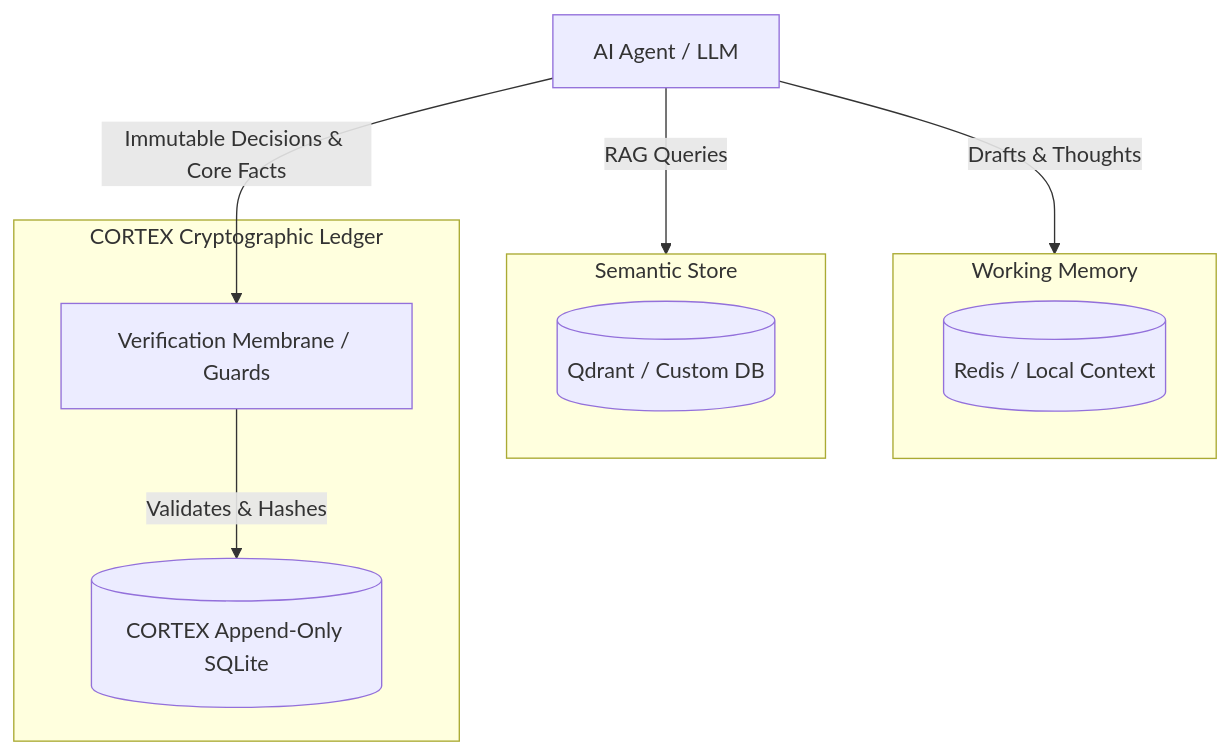
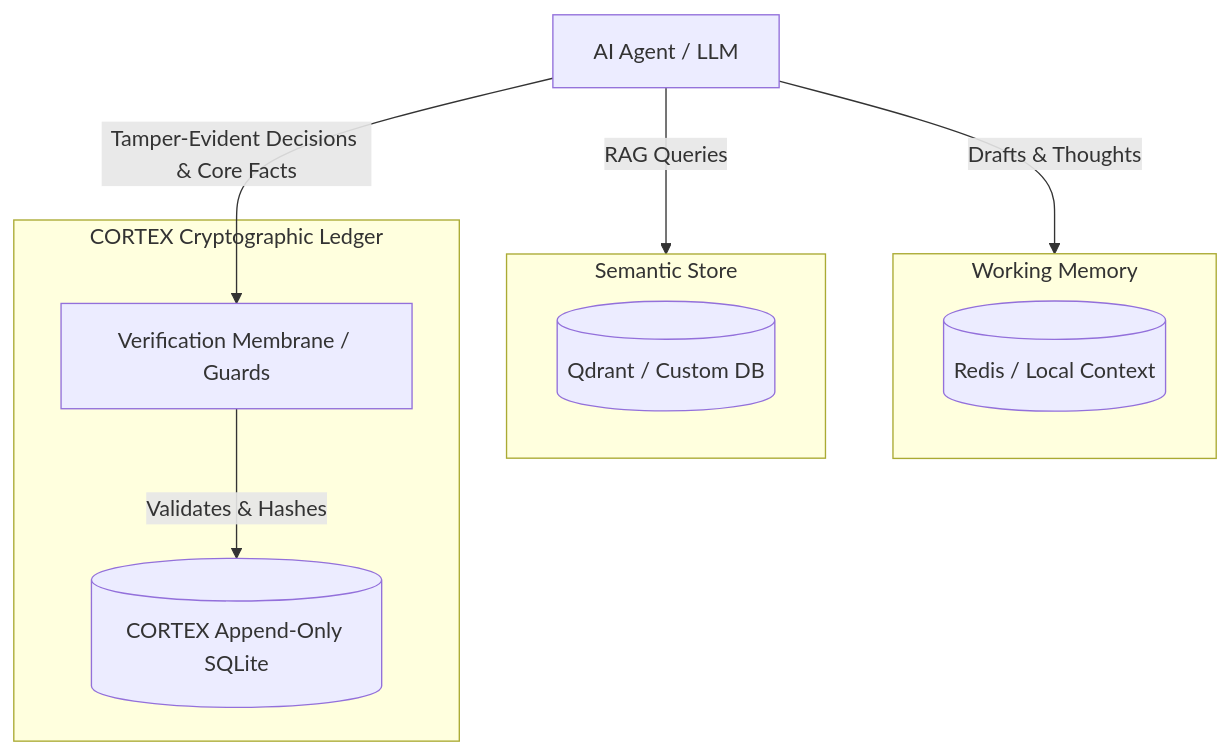
One commit to borjamoskv/babylon-60 changed the diagram in docs/integration_stacks.md. Above: the diagram before and after it, drawn with Mermaid. The commit also changed 106 other files, not shown here.

````diff
--- a/docs/integration_stacks.md
+++ b/docs/integration_stacks.md
@@ -12,19 +12,19 @@
 ```mermaid
 flowchart TD
     Agent[AI Agent / LLM]
     subgraph L1 [Working Memory]
         Redis[(Redis / Local Context)]
     end
     subgraph L2 [Semantic Store]
         VectorDB[(Qdrant / Custom DB)]
     end
     subgraph L3 [CORTEX Cryptographic Ledger]
         Membrane[Verification Membrane / Guards]
         SQLite[(CORTEX Append-Only SQLite)]
     end
 
     Agent -->|Drafts & Thoughts| L1
     Agent -->|RAG Queries| L2
-    Agent -->|Immutable Decisions & Core Facts| Membrane
+    Agent -->|Tamper-Evident Decisions & Core Facts| Membrane
     Membrane -->|Validates & Hashes| SQLite
 ```
````
